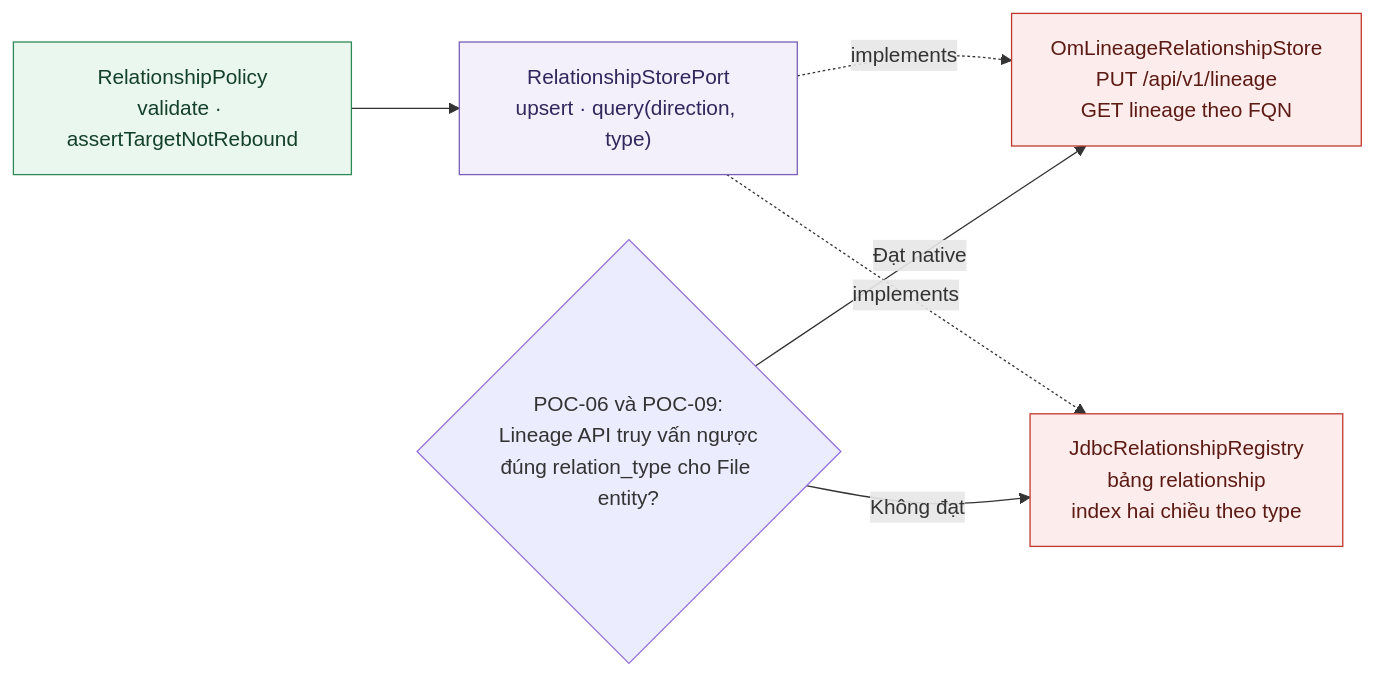
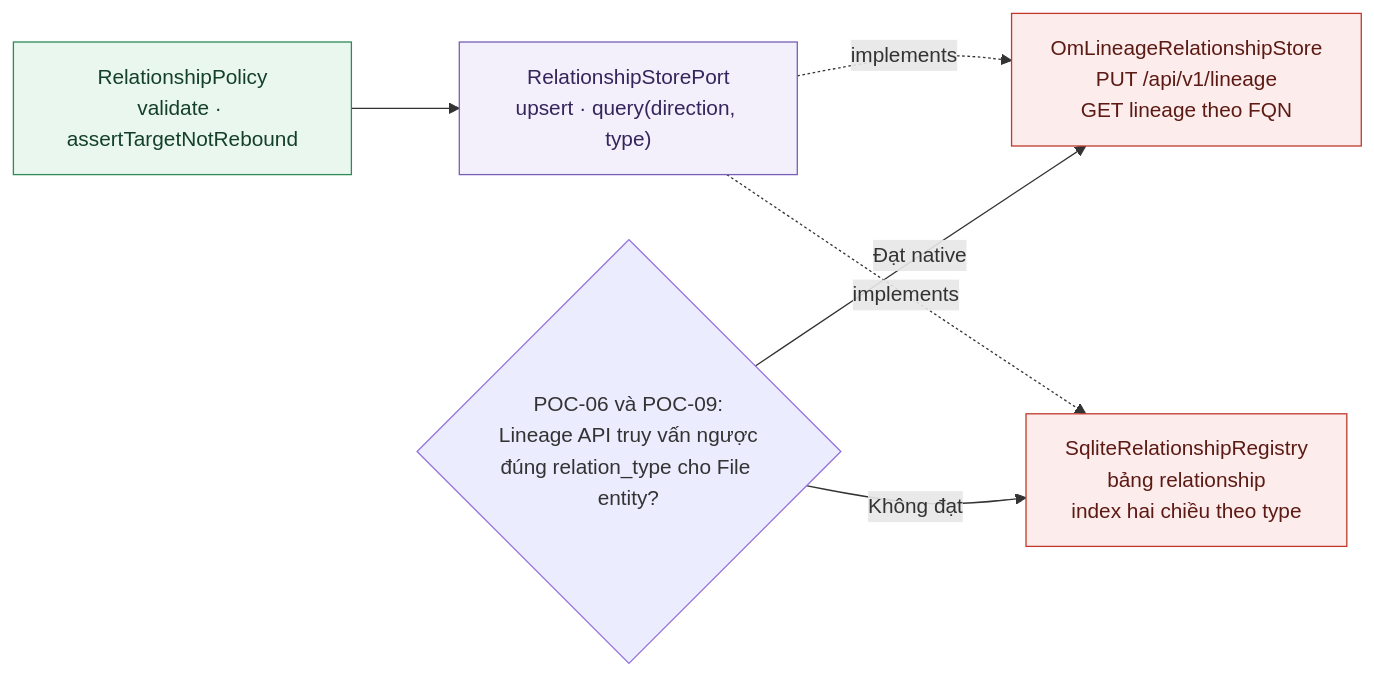
The eighth of 14 diagrams in docs/c4-04b-code-structure.md (Phanlacan12/raw-storage), drawn with Mermaid before and after one commit. The commit also changed other lines of this file and 12 other files, not shown here.

````diff
--- a/docs/c4-04b-code-structure.md
+++ b/docs/c4-04b-code-structure.md
@@ -705,22 +741,22 @@
 ```mermaid
 flowchart LR
     classDef port fill:#F3F0FB,stroke:#7A5FB8,color:#33265C
     classDef adp fill:#FDECEC,stroke:#C0392B,color:#5C1A14
     classDef dom fill:#EAF7EE,stroke:#2E8B57,color:#14402A
 
     RP["RelationshipPolicy<br/>validate · assertTargetNotRebound"]
     PORT["RelationshipStorePort<br/>upsert · query(direction, type)"]
     A["OmLineageRelationshipStore<br/>PUT /api/v1/lineage<br/>GET lineage theo FQN"]
-    B["JdbcRelationshipRegistry<br/>bảng relationship<br/>index hai chiều theo type"]
+    B["SqliteRelationshipRegistry<br/>bảng relationship<br/>index hai chiều theo type"]
     DEC{"POC-06 và POC-09:<br/>Lineage API truy vấn ngược<br/>đúng relation_type cho File entity?"}
 
     RP --> PORT
     PORT -.->|"implements"| A
     PORT -.->|"implements"| B
     DEC -->|"Đạt native"| A
     DEC -->|"Không đạt"| B
 
     class RP dom
     class PORT port
     class A,B adp
 ```
````
